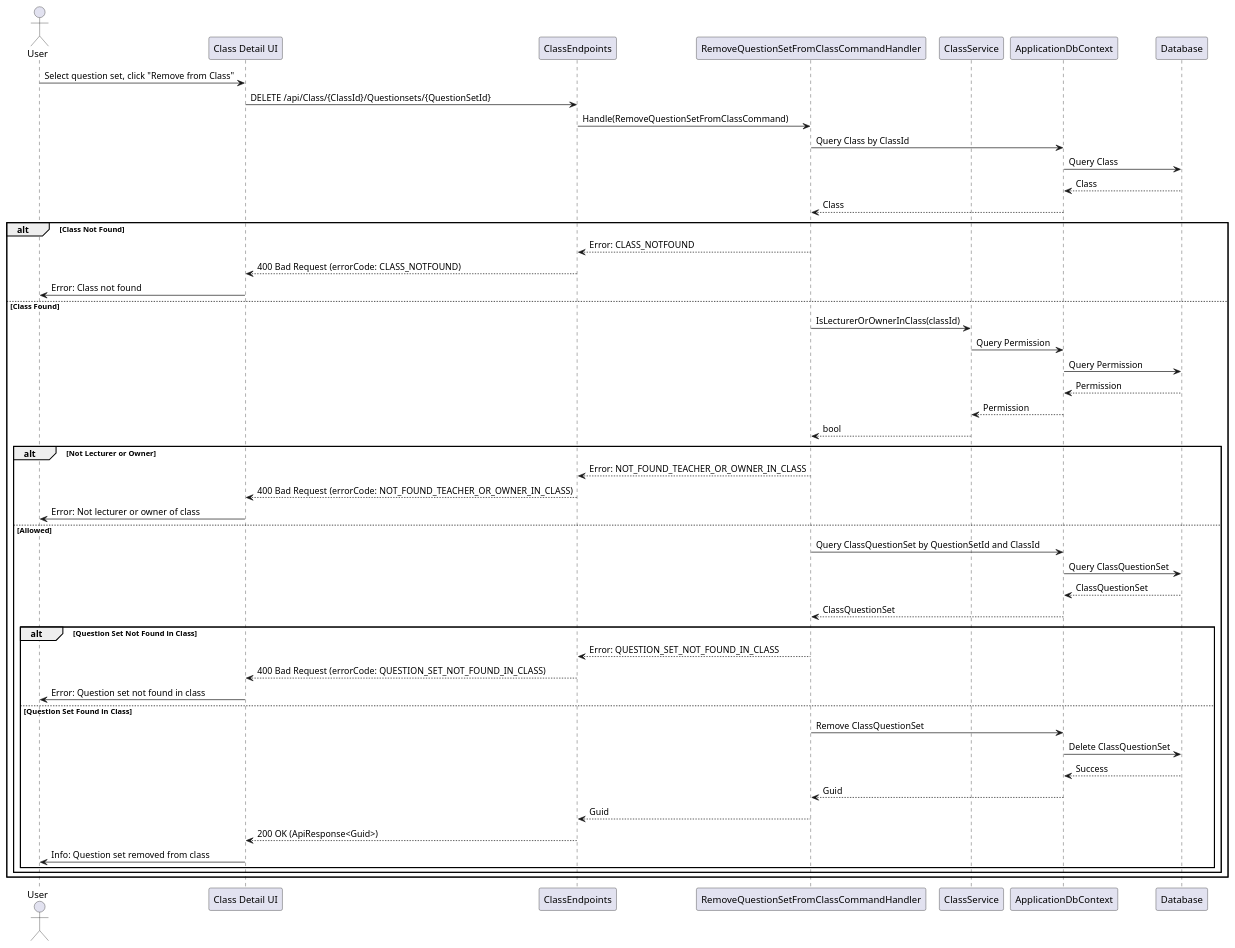
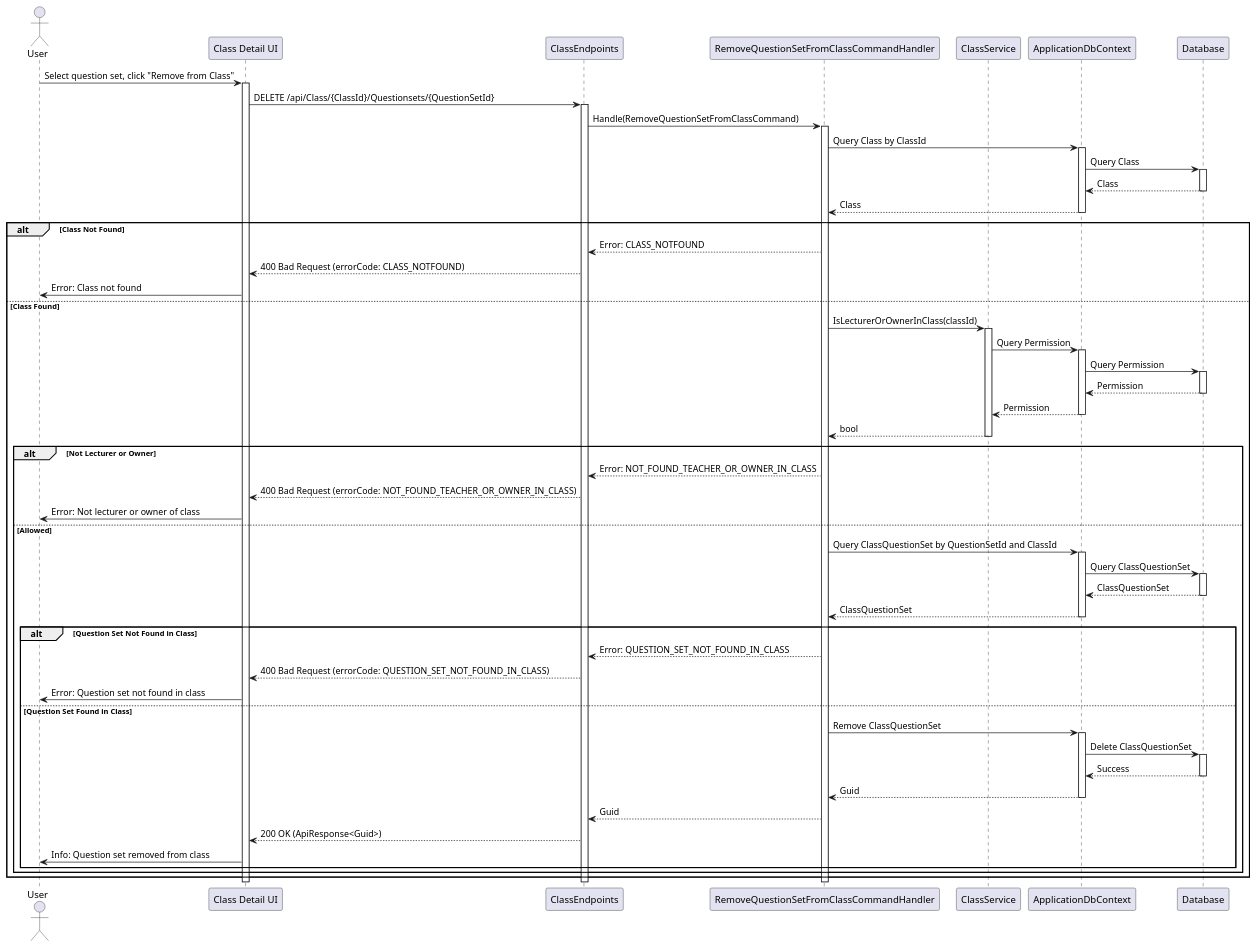
The diagram in classes/Sequence/RemoveQuestionSetFromClassCommand.puml (thanhkhac/SEP_Diagram), drawn with PlantUML before and after one commit. The commit also changed 17 other files, not shown here.

Commit message:
Add UI and endpoint activation/deactivation to sequence diagrams

```diff
--- a/classes/Sequence/RemoveQuestionSetFromClassCommand.puml
+++ b/classes/Sequence/RemoveQuestionSetFromClassCommand.puml
@@ -1,52 +1,76 @@
 @startuml
 actor User
 participant "Class Detail UI" as UI
 participant ClassEndpoints
 participant RemoveQuestionSetFromClassCommandHandler as Handler
 participant ClassService
 participant ApplicationDbContext
 participant Database
 
 User -> UI : Select question set, click "Remove from Class"
+activate UI
 UI -> ClassEndpoints : DELETE /api/Class/{ClassId}/Questionsets/{QuestionSetId}
+activate ClassEndpoints
 ClassEndpoints -> Handler : Handle(RemoveQuestionSetFromClassCommand)
+activate Handler
 Handler -> ApplicationDbContext : Query Class by ClassId
+activate ApplicationDbContext
 ApplicationDbContext -> Database : Query Class
+activate Database
 Database --> ApplicationDbContext : Class
+deactivate Database
 ApplicationDbContext --> Handler : Class
+deactivate ApplicationDbContext
 alt Class Not Found
     Handler --> ClassEndpoints : Error: CLASS_NOTFOUND
     ClassEndpoints --> UI : 400 Bad Request (errorCode: CLASS_NOTFOUND)
     UI -> User : Error: Class not found
 else Class Found
     Handler -> ClassService : IsLecturerOrOwnerInClass(classId)
+    activate ClassService
     ClassService -> ApplicationDbContext : Query Permission
+    activate ApplicationDbContext
     ApplicationDbContext -> Database : Query Permission
+    activate Database
     Database --> ApplicationDbContext : Permission
+    deactivate Database
     ApplicationDbContext --> ClassService : Permission
+    deactivate ApplicationDbContext
     ClassService --> Handler : bool
+    deactivate ClassService
     alt Not Lecturer or Owner
         Handler --> ClassEndpoints : Error: NOT_FOUND_TEACHER_OR_OWNER_IN_CLASS
         ClassEndpoints --> UI : 400 Bad Request (errorCode: NOT_FOUND_TEACHER_OR_OWNER_IN_CLASS)
         UI -> User : Error: Not lecturer or owner of class
     else Allowed
         Handler -> ApplicationDbContext : Query ClassQuestionSet by QuestionSetId and ClassId
+        activate ApplicationDbContext
         ApplicationDbContext -> Database : Query ClassQuestionSet
+        activate Database
         Database --> ApplicationDbContext : ClassQuestionSet
+        deactivate Database
         ApplicationDbContext --> Handler : ClassQuestionSet
+        deactivate ApplicationDbContext
         alt Question Set Not Found in Class
             Handler --> ClassEndpoints : Error: QUESTION_SET_NOT_FOUND_IN_CLASS
             ClassEndpoints --> UI : 400 Bad Request (errorCode: QUESTION_SET_NOT_FOUND_IN_CLASS)
             UI -> User : Error: Question set not found in class
         else Question Set Found in Class
             Handler -> ApplicationDbContext : Remove ClassQuestionSet
+            activate ApplicationDbContext
             ApplicationDbContext -> Database : Delete ClassQuestionSet
+            activate Database
             Database --> ApplicationDbContext : Success
+            deactivate Database
             ApplicationDbContext --> Handler : Guid
+            deactivate ApplicationDbContext
             Handler --> ClassEndpoints : Guid
             ClassEndpoints --> UI : 200 OK (ApiResponse<Guid>)
             UI -> User : Info: Question set removed from class
         end
     end
 end
+deactivate Handler
+deactivate ClassEndpoints
+deactivate UI
 @enduml
```
